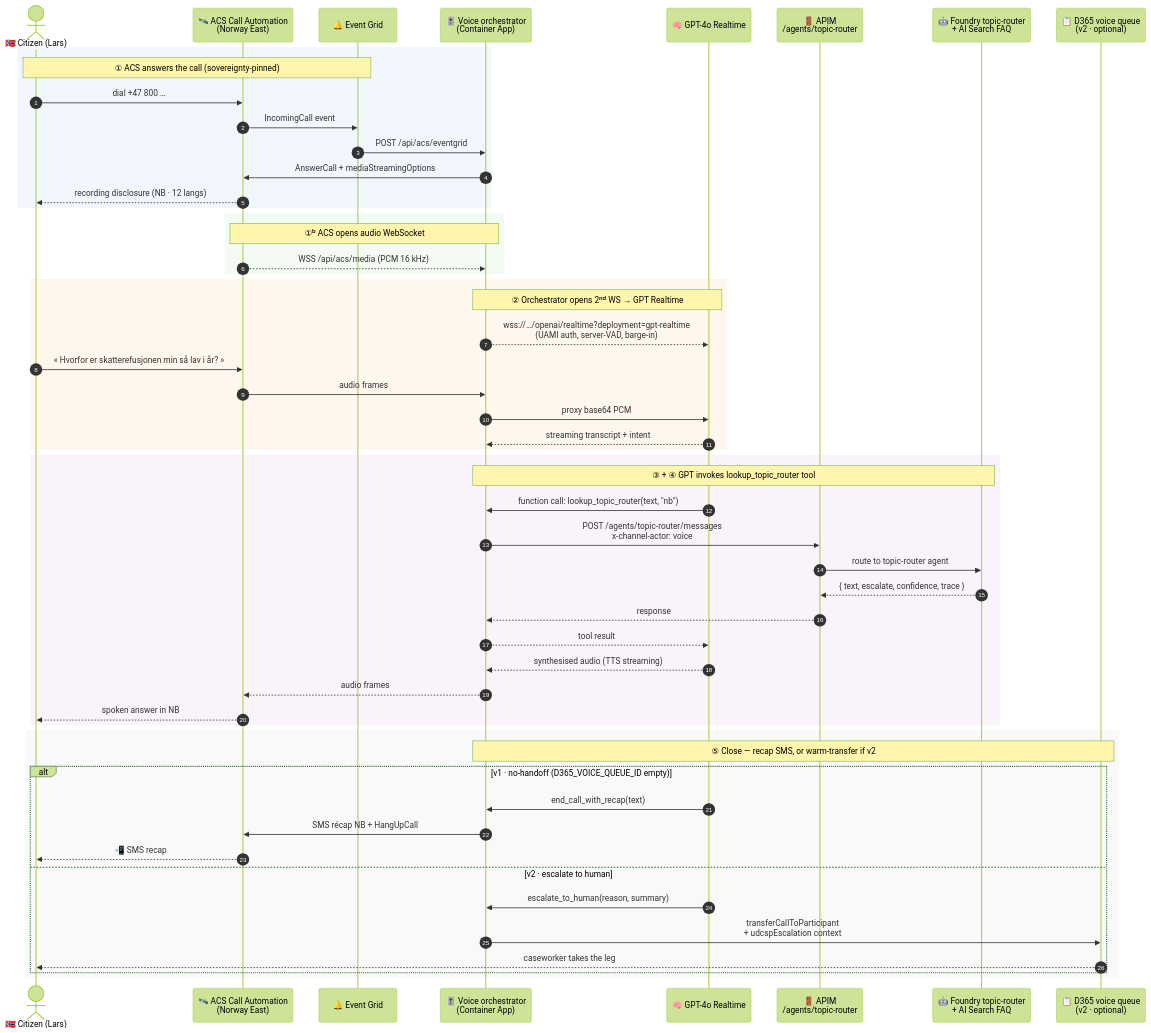
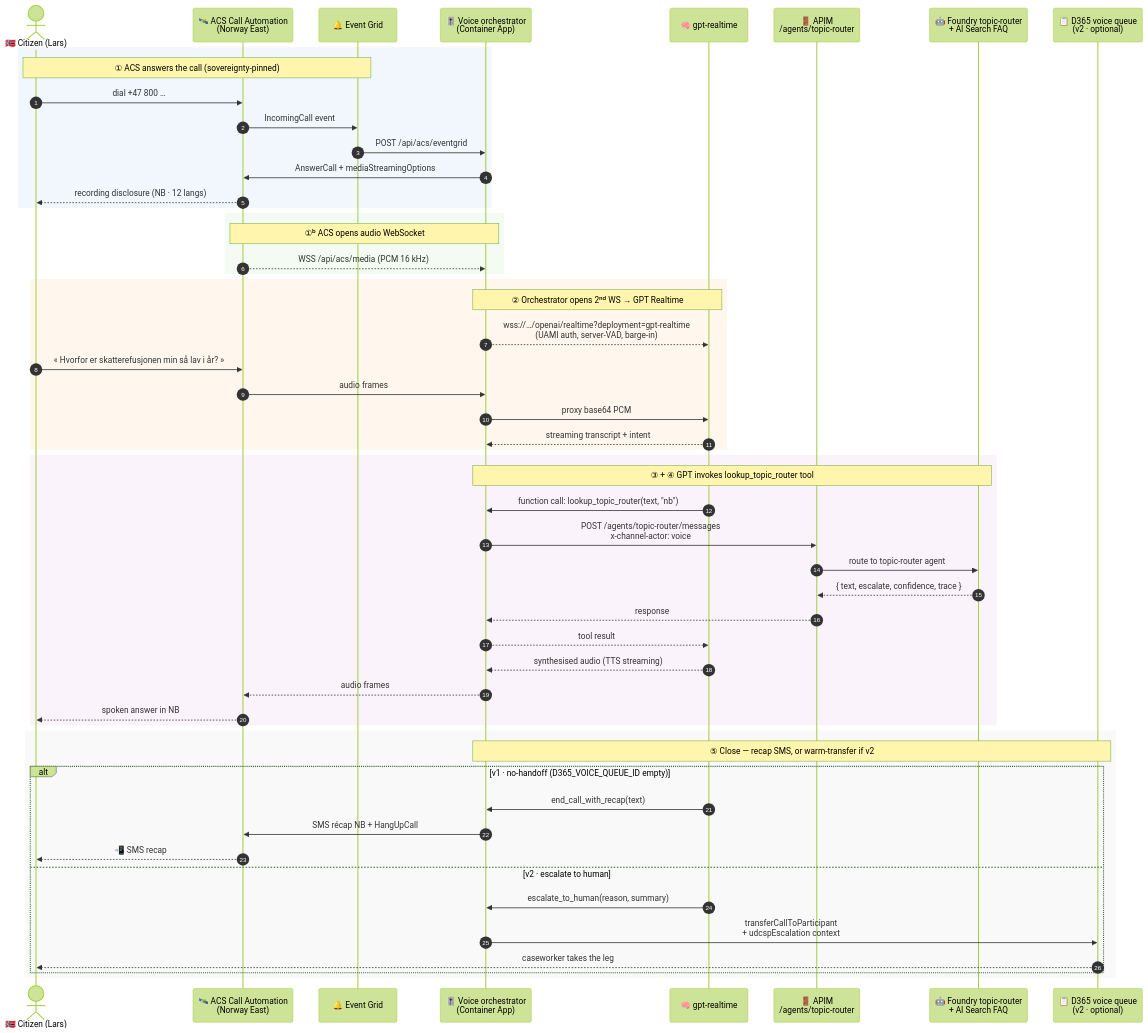
Before and after one commit to fredgis/UDCSP: the sixth of 6 diagrams in docs/biz/voice.md, drawn with Mermaid (forest theme). The commit also changed other lines of this file and 9 other files, not shown here.

First line of the commit message:
docs: standardise on 'gpt-realtime' (drop 'GPT-4o Realtime' branding)

````diff
--- a/docs/biz/voice.md
+++ b/docs/biz/voice.md
@@ -519,61 +519,61 @@
 ```mermaid
 sequenceDiagram
     autonumber
     actor C as 🇳🇴 Citizen (Lars)
     participant ACS as 🛰️ ACS Call Automation<br/>(Norway East)
     participant EG as 🔔 Event Grid
     participant ORCH as 🎚️ Voice orchestrator<br/>(Container App)
-    participant GPT as 🧠 GPT-4o Realtime
+    participant GPT as 🧠 gpt-realtime
     participant API as 🚪 APIM<br/>/agents/topic-router
     participant FND as 🤖 Foundry topic-router<br/>+ AI Search FAQ
     participant D365 as 📋 D365 voice queue<br/>(v2 · optional)
 
     rect rgba(220,235,250,.4)
     Note over C,EG: ① ACS answers the call (sovereignty-pinned)
     C->>ACS: dial +47 800 …
     ACS->>EG: IncomingCall event
     EG->>ORCH: POST /api/acs/eventgrid
     ORCH->>ACS: AnswerCall + mediaStreamingOptions
     ACS-->>C: recording disclosure (NB · 12 langs)
     end
 
     rect rgba(225,245,225,.4)
     Note over ACS,ORCH: ①ᵇ ACS opens audio WebSocket
     ACS-->>ORCH: WSS /api/acs/media (PCM 16 kHz)
     end
 
     rect rgba(255,235,210,.4)
     Note over ORCH,GPT: ② Orchestrator opens 2ⁿᵈ WS → GPT Realtime
     ORCH-->>GPT: wss://…/openai/realtime?deployment=gpt-realtime<br/>(UAMI auth, server-VAD, barge-in)
     C->>ACS: « Hvorfor er skatterefusjonen min så lav i år? »
     ACS->>ORCH: audio frames
     ORCH->>GPT: proxy base64 PCM
     GPT-->>ORCH: streaming transcript + intent
     end
 
     rect rgba(245,225,245,.4)
     Note over ORCH,FND: ③ + ④ GPT invokes lookup_topic_router tool
     GPT->>ORCH: function call: lookup_topic_router(text, "nb")
     ORCH->>API: POST /agents/topic-router/messages<br/>x-channel-actor: voice
     API->>FND: route to topic-router agent
     FND-->>API: { text, escalate, confidence, trace }
     API-->>ORCH: response
     ORCH-->>GPT: tool result
     GPT-->>ORCH: synthesised audio (TTS streaming)
     ORCH-->>ACS: audio frames
     ACS-->>C: spoken answer in NB
     end
 
     rect rgba(240,240,240,.4)
     Note over ORCH,D365: ⑤ Close — recap SMS, or warm-transfer if v2
     alt v1 · no-handoff (D365_VOICE_QUEUE_ID empty)
         GPT->>ORCH: end_call_with_recap(text)
         ORCH->>ACS: SMS récap NB + HangUpCall
         ACS-->>C: 📲 SMS recap
     else v2 · escalate to human
         GPT->>ORCH: escalate_to_human(reason, summary)
         ORCH->>D365: transferCallToParticipant<br/>+ udcspEscalation context
         D365-->>C: caseworker takes the leg
     end
     end
 ```
````
